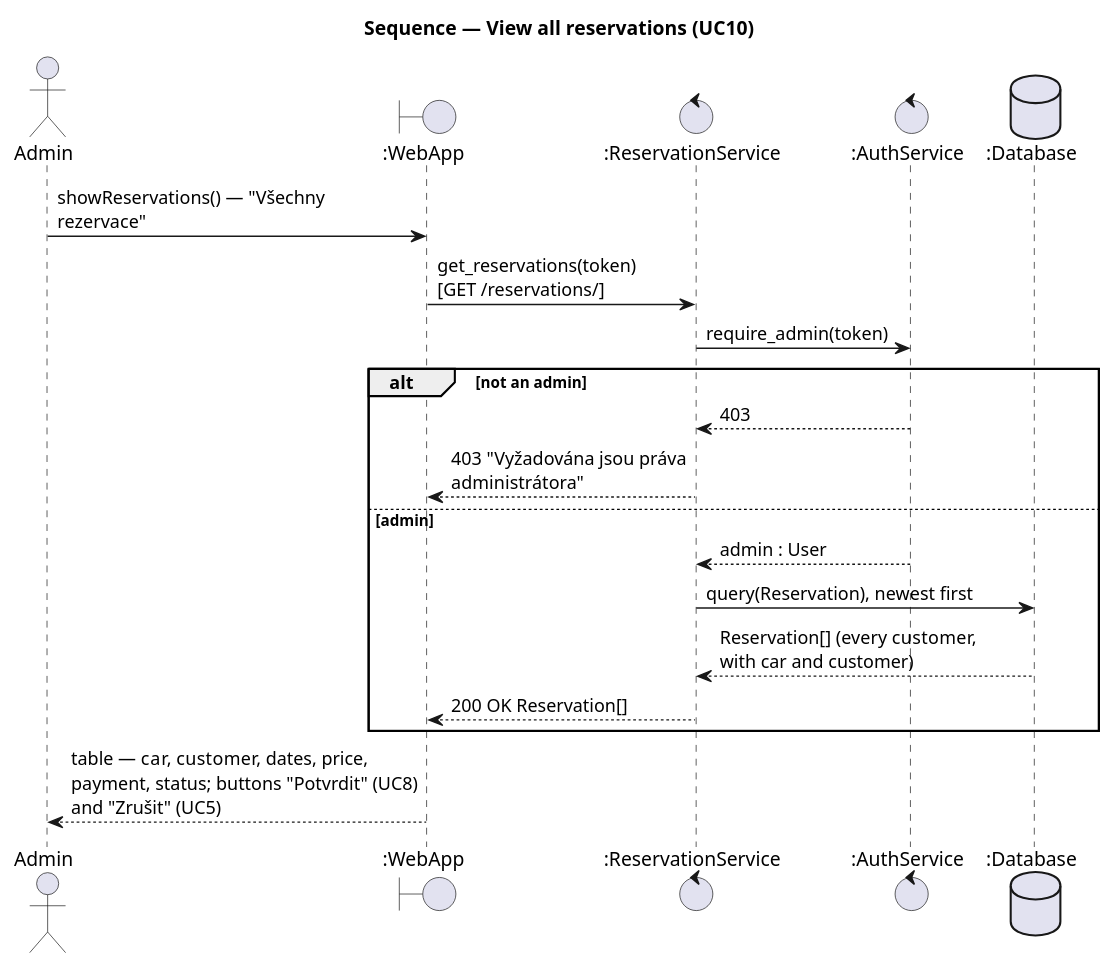
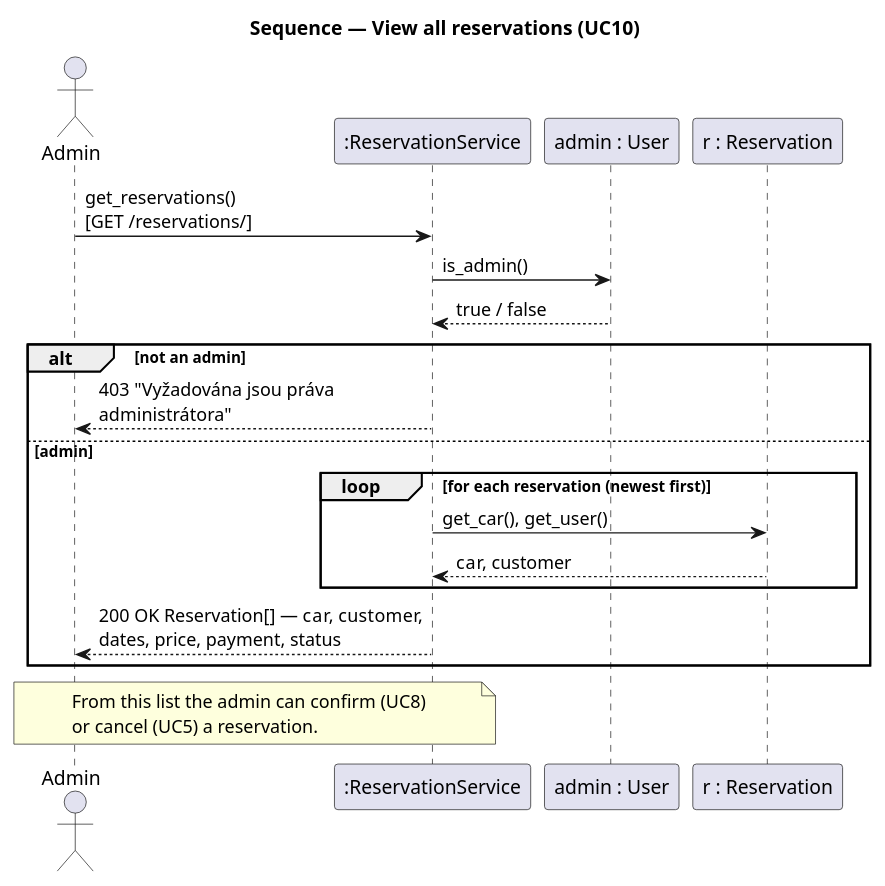
One commit to DavidMagyarics/CarRentalVSB changed the diagram in docs/diagrams/sequence-view-all-reservations.puml. Above: the diagram before and after it, drawn with PlantUML. The commit also changed 13 other files, not shown here.

Commit message:
docs: draw the sequence diagrams in the lecture style, with the domain objects as the main participants

```diff
--- a/docs/diagrams/sequence-view-all-reservations.puml
+++ b/docs/diagrams/sequence-view-all-reservations.puml
@@ -1,27 +1,29 @@
 @startuml sequence-view-all-reservations
 skinparam backgroundColor white
 skinparam responseMessageBelowArrow true
 skinparam maxMessageSize 260
 title Sequence — View all reservations (UC10)
 actor Admin
-boundary ":WebApp" as Web
-control ":ReservationService" as Res
-control ":AuthService" as Auth
-database ":Database" as DB
+participant ":ReservationService" as Res
+participant "admin : User" as A
+participant "r : Reservation" as R
 
-Admin -> Web : showReservations() — "Všechny rezervace"
-Web -> Res : get_reservations(token)\n[GET /reservations/]
-Res -> Auth : require_admin(token)
+Admin -> Res : get_reservations()\n[GET /reservations/]
+Res -> A : is_admin()
+A --> Res : true / false
 
 alt not an admin
-  Auth --> Res : 403
-  Res --> Web : 403 "Vyžadována jsou práva administrátora"
+  Res --> Admin : 403 "Vyžadována jsou práva administrátora"
 else admin
-  Auth --> Res : admin : User
-  Res -> DB : query(Reservation), newest first
-  DB --> Res : Reservation[] (every customer,\nwith car and customer)
-  Res --> Web : 200 OK Reservation[]
+  loop for each reservation (newest first)
+    Res -> R : get_car(), get_user()
+    R --> Res : car, customer
+  end
+  Res --> Admin : 200 OK Reservation[] — car, customer,\ndates, price, payment, status
 end
 
-Web --> Admin : table — car, customer, dates, price,\npayment, status; buttons "Potvrdit" (UC8)\nand "Zrušit" (UC5)
+note over Admin, Res
+  From this list the admin can confirm (UC8)
+  or cancel (UC5) a reservation.
+end note
 @enduml
```
